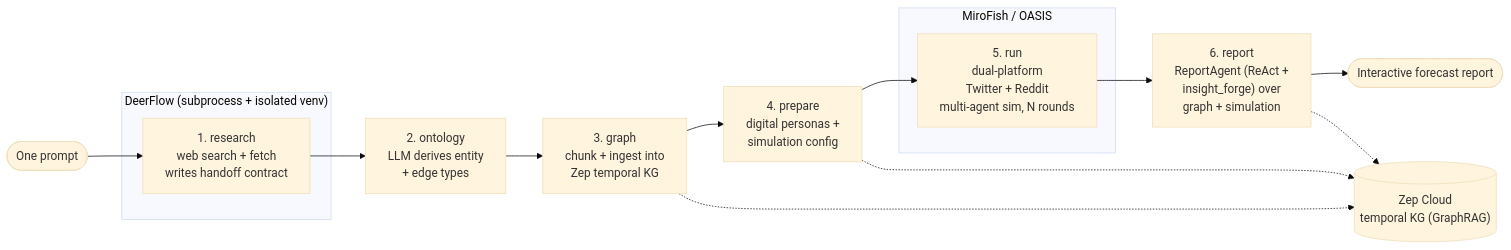
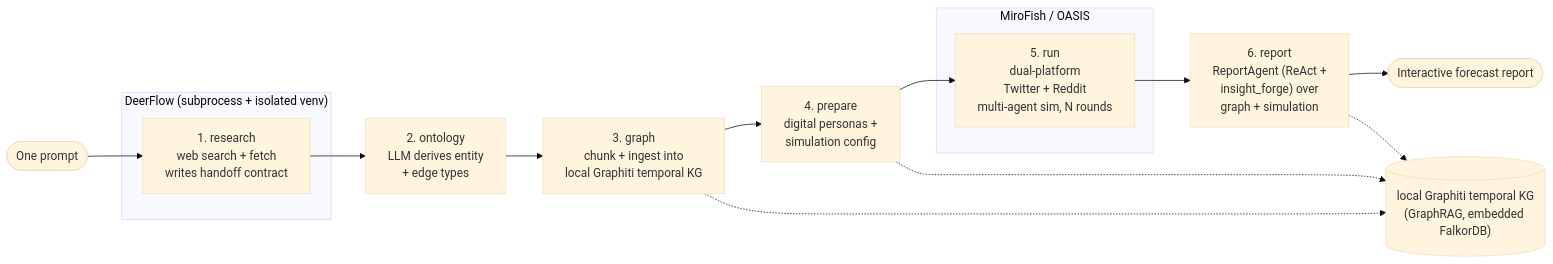
One commit to linroger/DeepAgentForecast changed the diagram in README.md. Above: the diagram before and after it, drawn with Mermaid (base theme). The commit also changed other lines of this file and 52 other files, not shown here.

````diff
--- a/README.md
+++ b/README.md
@@ -93,25 +93,25 @@
 ```mermaid
 flowchart LR
     P([One prompt]) --> R
 
     subgraph DeerFlow["DeerFlow (subprocess + isolated venv)"]
         R["1. research<br/>web search + fetch<br/>writes handoff contract"]
     end
 
     R --> O["2. ontology<br/>LLM derives entity<br/>+ edge types"]
-    O --> G["3. graph<br/>chunk + ingest into<br/>Zep temporal KG"]
+    O --> G["3. graph<br/>chunk + ingest into<br/>local Graphiti temporal KG"]
     G --> PR["4. prepare<br/>digital personas +<br/>simulation config"]
 
     subgraph OASIS["MiroFish / OASIS"]
         RUN["5. run<br/>dual-platform<br/>Twitter + Reddit<br/>multi-agent sim, N rounds"]
     end
 
     PR --> RUN
     RUN --> REP["6. report<br/>ReportAgent (ReAct +<br/>insight_forge) over<br/>graph + simulation"]
     REP --> F([Interactive forecast report])
 
-    Zep[("Zep Cloud<br/>temporal KG (GraphRAG)")]
-    G -.-> Zep
-    PR -.-> Zep
-    REP -.-> Zep
+    KG[("local Graphiti temporal KG<br/>(GraphRAG, embedded FalkorDB)")]
+    G -.-> KG
+    PR -.-> KG
+    REP -.-> KG
 ```
````
